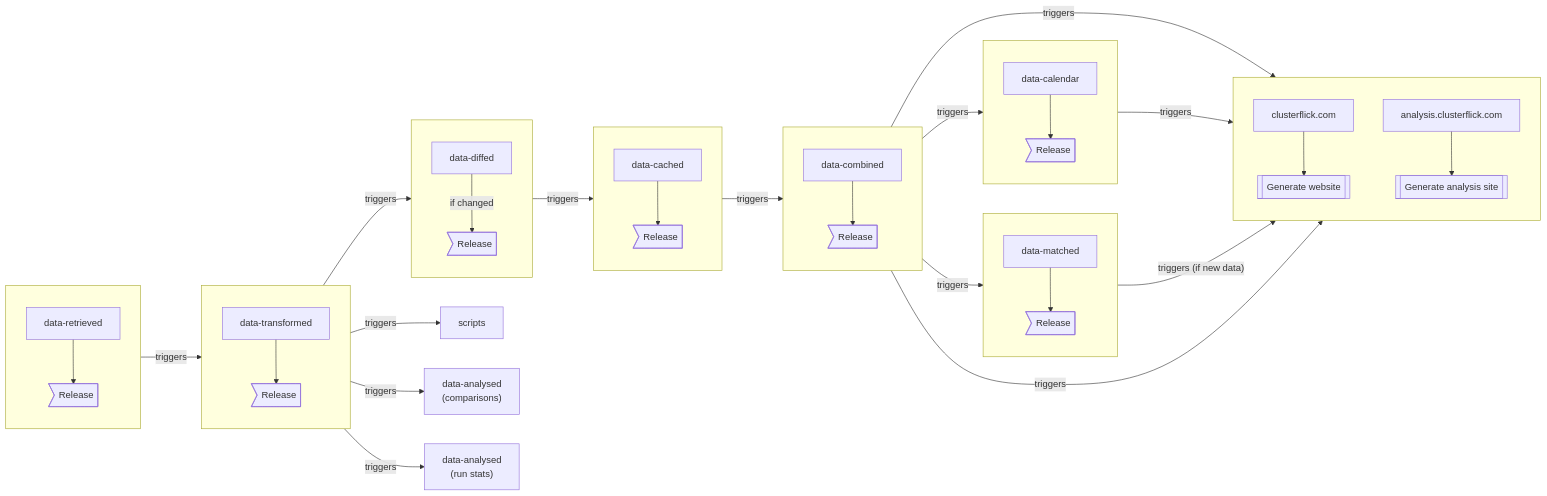
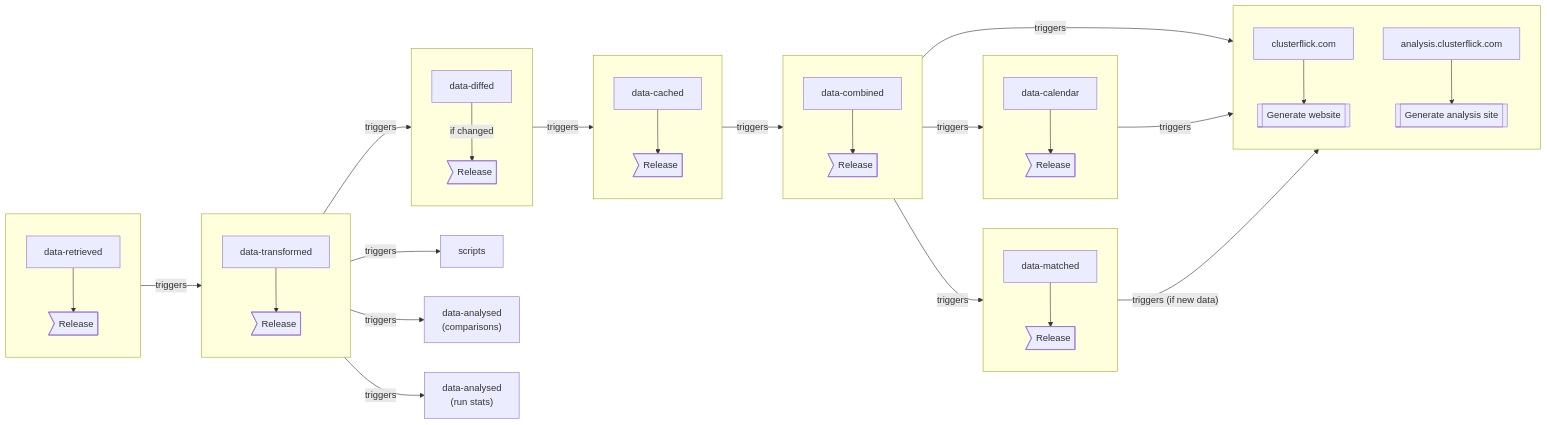
The diagram in profile/README.md (clusterflick/.github), drawn with Mermaid before and after one commit. The commit also changed other lines of this file, not shown here.

Commit message:
Update pipeline diagram

````diff
--- a/profile/README.md
+++ b/profile/README.md
@@ -34,69 +35,68 @@
 ```mermaid
 flowchart LR
     retrieved["data-retrieved"]
     transformed["data-transformed"]
     calendar["data-calendar"]
     cached["data-cached"]
     diffed["data-diffed"]
     combined["data-combined"]
     matched["data-matched"]
     scripts["scripts"]
     analysed["data-analysed<br>(comparisons)"]
     runstats["data-analysed<br>(run stats)"]
 
     subgraph retrival[" "]
         direction TB
         retrieved --> retrival-release>Release]
     end
 
     subgraph transformation[" "]
         direction TB
         transformed --> transformation-release>Release]
     end
 
     subgraph calendars[" "]
         direction TB
         calendar --> calendar-release>Release]
     end
 
     subgraph caching[" "]
         direction TB
         cached --> cached-release>Release]
     end
 
     subgraph diffing[" "]
         direction TB
         diffed --"if changed"--> diffed-release>Release]
     end
 
     subgraph combination[" "]
         direction TB
         combined --> combined-release>Release]
     end
 
     subgraph matching[" "]
         direction TB
         matched --> matched-release>Release]
     end
 
     subgraph website[" "]
         direction TB
         clusterflick.com --> id1[[Generate website]]
         analysis["analysis.clusterflick.com"] --> id2[[Generate analysis site]]
     end
 
     retrival --triggers--> transformation
     transformation --triggers--> diffing
     transformation --triggers--> scripts
     transformation --triggers--> analysed
     transformation --triggers--> runstats
     diffing --triggers--> caching
     caching --triggers--> combination
     combination --triggers--> calendars
     combination --triggers--> matching
-    combination --triggers--> website
-    calendars --triggers--> website
-    matching --"triggers (if new data)"--> website
     combination --triggers--> analysis
+    calendars --triggers--> clusterflick.com
+    matching --"triggers (if new data)"--> clusterflick.com
 
 ```
````
